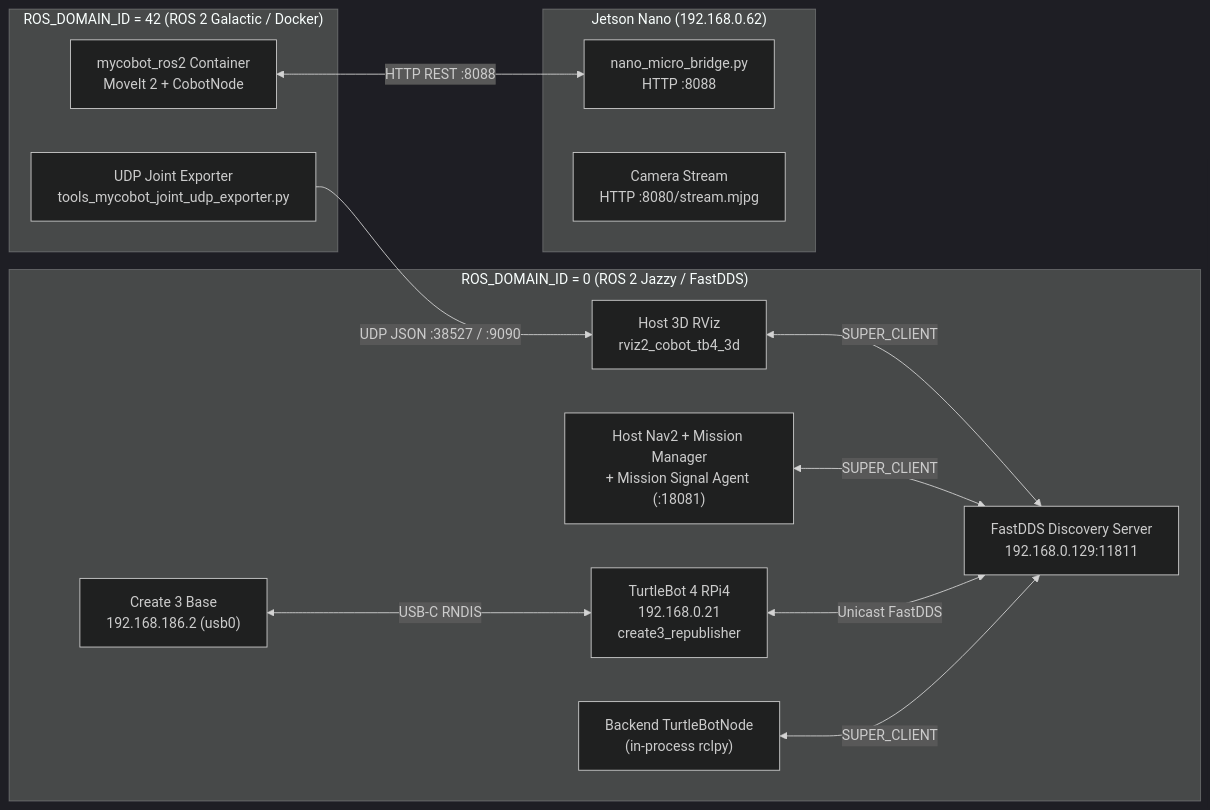
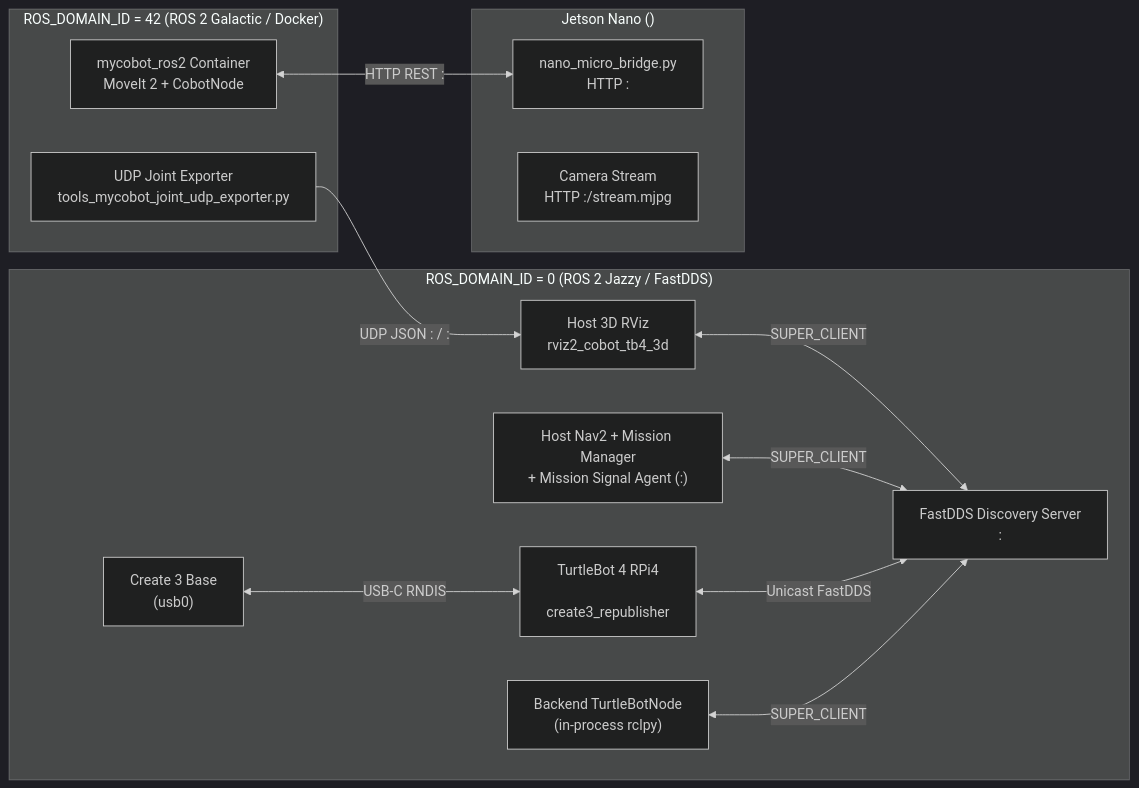
The diagram in docs/architecture/networking-and-dds.md (B002-FUTURE-LAB/B002_Future_Lab_Bots), drawn with Mermaid (dark theme) before and after one commit. The commit also changed other lines of this file and 37 other files, not shown here.

````diff
--- a/docs/architecture/networking-and-dds.md
+++ b/docs/architecture/networking-and-dds.md
@@ -9,29 +9,29 @@
 ```mermaid
 flowchart LR
   subgraph D0["ROS_DOMAIN_ID = 0 (ROS 2 Jazzy / FastDDS)"]
-    DS["FastDDS Discovery Server\n192.168.0.129:11811"]
-    TB4["TurtleBot 4 RPi4\n192.168.0.21\ncreate3_republisher"]
-    C3["Create 3 Base\n192.168.186.2 (usb0)"]
-    NAV["Host Nav2 + Mission Manager\n+ Mission Signal Agent (:18081)"]
+    DS["FastDDS Discovery Server\n<TURTLEBOT_IP>:<TB4_DISCOVERY_PORT>"]
+    TB4["TurtleBot 4 RPi4\n<TURTLEBOT_IP>\ncreate3_republisher"]
+    C3["Create 3 Base\n<CREATE3_BASE_IP> (usb0)"]
+    NAV["Host Nav2 + Mission Manager\n+ Mission Signal Agent (:<MISSION_SIGNAL_PORT>)"]
     RVIZ3D["Host 3D RViz\nrviz2_cobot_tb4_3d"]
     TBNode["Backend TurtleBotNode\n(in-process rclpy)"]
   end
 
   subgraph D42["ROS_DOMAIN_ID = 42 (ROS 2 Galactic / Docker)"]
     MC["mycobot_ros2 Container\nMoveIt 2 + CobotNode"]
     EXP["UDP Joint Exporter\ntools_mycobot_joint_udp_exporter.py"]
   end
 
-  subgraph NANO["Jetson Nano (192.168.0.62)"]
-    HTTP8088["nano_micro_bridge.py\nHTTP :8088"]
-    CAM8080["Camera Stream\nHTTP :8080/stream.mjpg"]
+  subgraph NANO["Jetson Nano (<JETSON_NANO_IP>)"]
+    HTTP8088["nano_micro_bridge.py\nHTTP :<NANO_BRIDGE_PORT>"]
+    CAM8080["Camera Stream\nHTTP :<CAMERA_STREAM_PORT>/stream.mjpg"]
   end
 
   C3 <-->|"USB-C RNDIS"| TB4
   TB4 <-->|"Unicast FastDDS"| DS
   NAV <-->|"SUPER_CLIENT"| DS
   TBNode <-->|"SUPER_CLIENT"| DS
   RVIZ3D <-->|"SUPER_CLIENT"| DS
-  MC <-->|"HTTP REST :8088"| HTTP8088
-  EXP -->|"UDP JSON :38527 / :9090"| RVIZ3D
+  MC <-->|"HTTP REST :<NANO_BRIDGE_PORT>"| HTTP8088
+  EXP -->|"UDP JSON :<UDP_JOINT_PORT> / :<LEGACY_UDP_PORT>"| RVIZ3D
 ```
````
